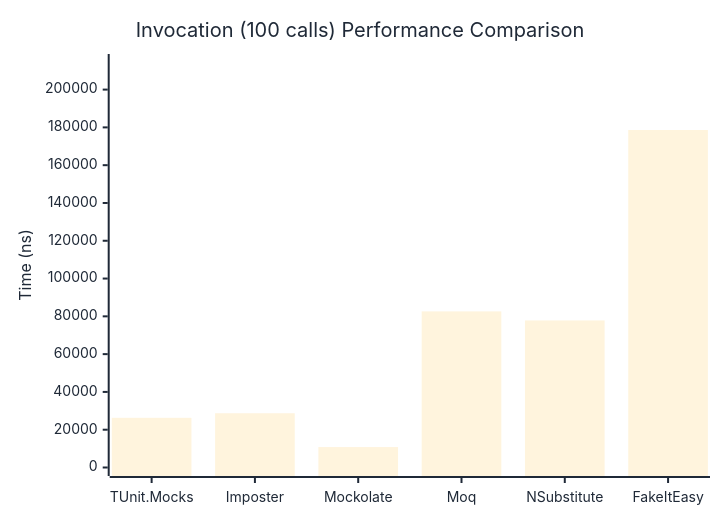
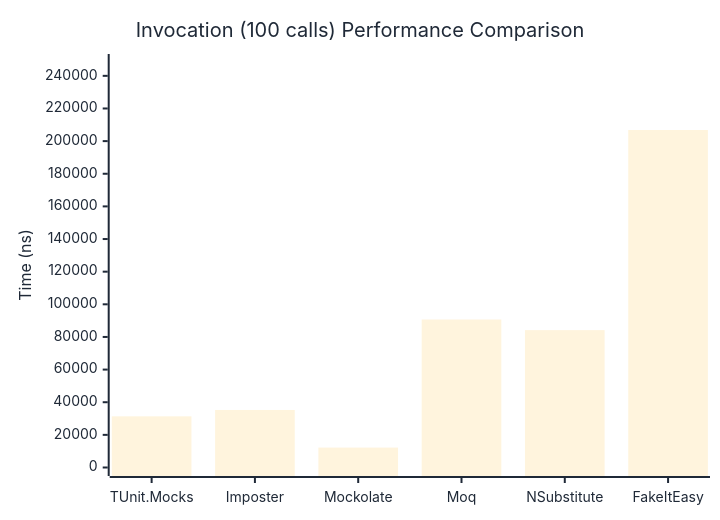
One commit to thomhurst/TUnit changed the third of 3 diagrams in docs/docs/benchmarks/mocks/Invocation.md. Above: the diagram before and after it, drawn with Mermaid. The commit also changed other lines of this file and 14 other files, not shown here.

````diff
--- a/docs/docs/benchmarks/mocks/Invocation.md
+++ b/docs/docs/benchmarks/mocks/Invocation.md
@@ -110,27 +110,27 @@
 ```mermaid
 %%{init: {
   'theme':'base',
   'themeVariables': {
     'primaryColor': '#2563eb',
     'primaryTextColor': '#1f2937',
     'primaryBorderColor': '#1e40af',
     'lineColor': '#6b7280',
     'secondaryColor': '#7c3aed',
     'tertiaryColor': '#dc2626',
     'background': '#ffffff',
     'pie1': '#2563eb',
     'pie2': '#7c3aed',
     'pie3': '#dc2626',
     'pie4': '#f59e0b',
     'pie5': '#10b981',
     'pie6': '#06b6d4',
     'pie7': '#ec4899',
     'pie8': '#6366f1'
   }
 }}%%
 xychart-beta
   title "Invocation (100 calls) Performance Comparison"
   x-axis ["TUnit.Mocks", "Imposter", "Mockolate", "Moq", "NSubstitute", "FakeItEasy"]
-  y-axis "Time (ns)" 0 --> 214342
-  bar [26290.97, 28718.82, 10815.48, 82620.36, 77829.77, 178618.18]
+  y-axis "Time (ns)" 0 --> 248175
+  bar [31346.8, 35257.4, 12206.7, 90695.6, 84177.4, 206812.3]
 ```
````
